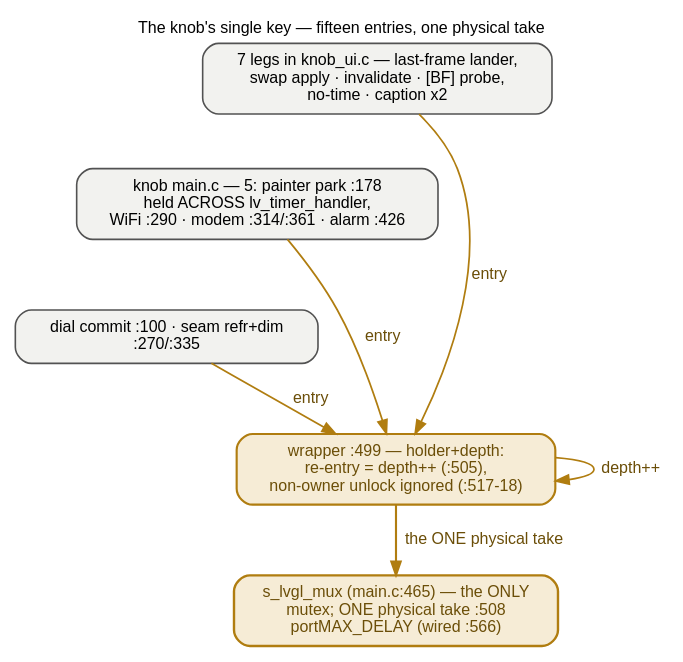
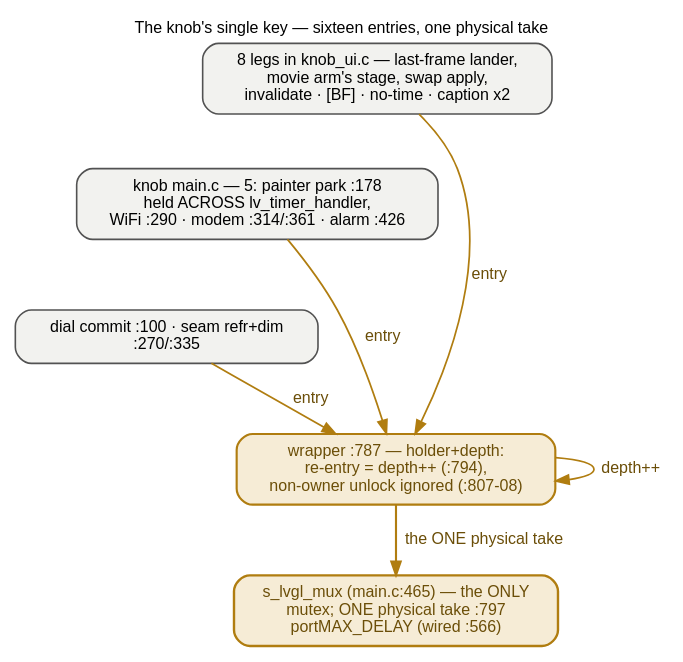
Before and after one commit to ukos-git/moon-clock-esp: the diagram in docs/_graphs/guards-knob.dot, drawn with Graphviz. The commit also changed 38 other files, not shown here.

```diff
--- a/docs/_graphs/guards-knob.dot
+++ b/docs/_graphs/guards-knob.dot
@@ -1,51 +1,53 @@
-// THE KNOB'S ONE KEY opened: a single mutex with FIFTEEN wrapper
+// THE KNOB'S ONE KEY opened: a single mutex with SIXTEEN wrapper
 // entries feeding ONE physical take. s_lvgl_mux is created in knob
 // main.c:465 and handed into the seam at :566 (knob_ui_set_lvgl_lock);
-// knob_ui.c owns the ONLY physical take :508 (portMAX_DELAY) inside a
-// holder+depth wrapper :499 — "a FreeRTOS mutex is NOT recursively
-// takable by its owner" (:492-93, the 2026-11-10 hub-tap TAP deadlock), so
-// a same-task re-entry is s_lvgl_depth++ (:505) and an unlock from
-// a non-owner logs and is ignored (:517-18). The fifteen entries,
-// across four files: 7 inside knob_ui.c (the last-frame lander's flush
-// :439, the swap task's apply :951, invalidate_all :1074, the [BF] probe
-// :1152, show_no_time :1182, show_moon's caption :1228/:1234), knob
+// knob_ui.c owns the ONLY physical take :797 (portMAX_DELAY) inside a
+// holder+depth wrapper :787 — "a FreeRTOS mutex is NOT recursively
+// takable by its owner" (:781-82, the 2026-11-10 hub-tap TAP deadlock), so
+// a same-task re-entry is s_lvgl_depth++ (:794) and an unlock from
+// a non-owner logs and is ignored (:807-08). The sixteen entries,
+// across four files: 8 inside knob_ui.c (the last-frame lander's flush
+// :441, the movie arm's stage :588 — the boot movie's frame-0 pre-ui_init
+// descriptor hand-off, the swap task's apply :1261, invalidate_all
+// :1384, the [BF] probe :1462, show_no_time :1492, show_moon's caption
+// :1550/:1556), knob
 // main.c's five (the painter's park loop :178 held ACROSS
 // lv_timer_handler (10–20 ms), the transient-WiFi arm :290, the two
 // modem-sleep swaps :314/:361, the alarm wake :426), the dial commit
 // knob_dial.c:100, and the seam's two legs knob_moon_render.c:270/:335
 // (refr + home dim). The knob builds NO panel key at all: moon_ui.c is
 // excluded wholesale (component ui's CMakeLists empties UI_BOARD_SRCS
 // under KNOB_BOARD) and the seam that answers moon_ui.h carries zero
 // mutex tokens — its moon_ui_init is a shim (knob_moon_render.c:176).
 // The guards in black boxes is docs/_graphs/guards.dot (this page); the
 // clocks' two keys are docs/_graphs/guards-keys.dot; the key-free band
 // is docs/_graphs/guards-flags.dot. FONTS: 12 pt = the page's 16 px body
 // text at 1:1 — kept inside the content column.
 // Rendered inline as SVG by sphinx.ext.graphviz (dot on PATH).
 digraph guards_knob {
     rankdir=TB;
-    label="The knob's single key — fifteen entries, one physical take";
+    label="The knob's single key — sixteen entries, one physical take";
     labelloc="t"; labeljust="c";
     fontname="Helvetica"; fontsize=12;
     graph [nodesep=0.4, ranksep=0.55];
     node [fontname="Helvetica", fontsize=12, shape=box, style="rounded,filled",
           width=0, height=0, margin="0.16,0.10", fillcolor="#f2f2ef",
           color="#525252", penwidth=1.2];
     edge [fontname="Helvetica", fontsize=12, color="#b07d10", penwidth=1.3, fontcolor="#6b4e08"];
 
-    e_ku [label="7 legs in knob_ui.c — last-frame lander,\nswap apply · invalidate · [BF] probe,\nno-time · caption x2"];
+    e_ku [label="8 legs in knob_ui.c — last-frame lander,\nmovie arm's stage, swap apply,\ninvalidate · [BF] · no-time · caption x2"];
     e_main [label="knob main.c — 5: painter park :178\nheld ACROSS lv_timer_handler,\nWiFi :290 · modem :314/:361 · alarm :426"];
     e_mixed [label="dial commit :100 · seam refr+dim\n:270/:335"];
-    wrapper [label="wrapper :499 — holder+depth:\nre-entry = depth++ (:505),\nnon-owner unlock ignored (:517-18)",
+    wrapper [label="wrapper :787 — holder+depth:\nre-entry = depth++ (:794),\nnon-owner unlock ignored (:807-08)",
              fillcolor="#f6ecd6", color="#b07d10", fontcolor="#6b4e08", penwidth=1.6];
-    mux [label="s_lvgl_mux (main.c:465) — the ONLY\nmutex; ONE physical take :508\nportMAX_DELAY (wired :566)",
+    mux [label="s_lvgl_mux (main.c:465) — the ONLY\nmutex; ONE physical take :797\nportMAX_DELAY (wired :566)",
          fillcolor="#f6ecd6", color="#b07d10", fontcolor="#6b4e08", penwidth=1.8];
 
     e_ku -> e_main [style=invis];
     e_main -> e_mixed [style=invis];
     e_ku -> wrapper [label="entry"];
     e_main -> wrapper [label="entry"];
     e_mixed -> wrapper [label="entry"];
     wrapper -> mux [penwidth=1.6, label="the ONE physical take"];
     wrapper -> wrapper [label="depth++"];
 }
```
